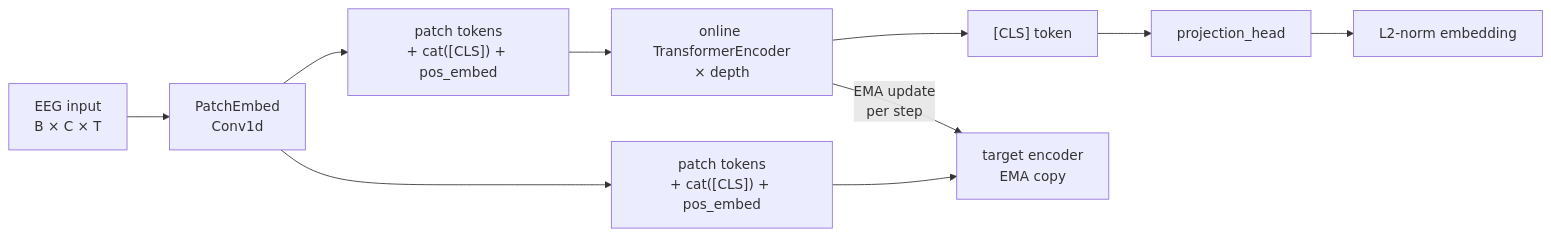
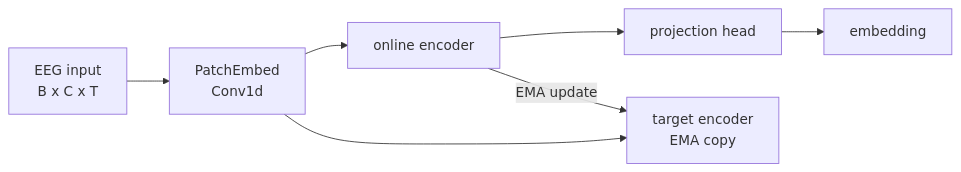
The third of 5 diagrams in README.md (RTae/SUPA-EEG), drawn with Mermaid before and after one commit. The commit also changed other lines of this file and 3 other files, not shown here.

````diff
--- a/README.md
+++ b/README.md
@@ -160,13 +225,9 @@
 ```mermaid
 flowchart LR
-    A["EEG input\nB × C × T"] --> B["PatchEmbed\nConv1d"]
-    B --> C["patch tokens\n+ cat([CLS]) + pos_embed"]
-    C --> D["online TransformerEncoder\n× depth"]
-    D --> E["[CLS] token"]
-    E --> F["projection_head"]
-    F --> G["L2-norm embedding"]
-
-    B --> T["patch tokens\n+ cat([CLS]) + pos_embed"]
-    T --> TE["target encoder\nEMA copy"]
-    D -->|"EMA update\nper step"| TE
+    A["EEG input\nB x C x T"] --> B["PatchEmbed\nConv1d"]
+    B --> C["online encoder"]
+    C --> D["projection head"]
+    D --> E["embedding"]
+    B --> F["target encoder\nEMA copy"]
+    C -->|EMA update| F
 ```
````
